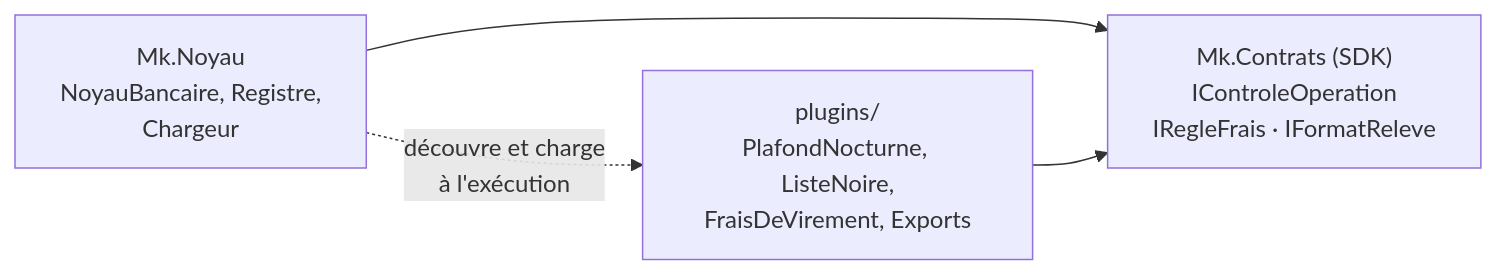
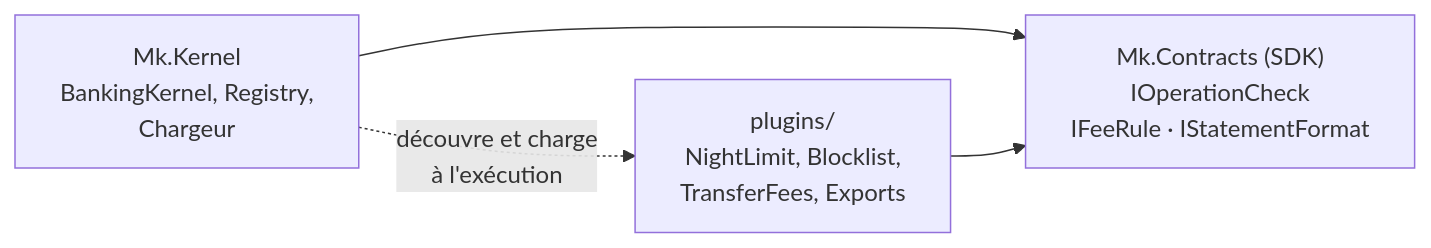
One commit to drangoht/ArchitecturesDemo changed the diagram in Docs/fiches/13-microkernel.md. Above: the diagram before and after it, drawn with Mermaid. The commit also changed 70 other files, not shown here.

Commit message:
Docs FR : identifiants, liens, diagrammes et sorties alignés sur le code anglais

````diff
--- a/Docs/fiches/13-microkernel.md
+++ b/Docs/fiches/13-microkernel.md
@@ -11,6 +11,6 @@
 ```mermaid
 flowchart LR
-    N["Mk.Noyau<br/>NoyauBancaire, Registre,<br/>Chargeur"] --> SDK["Mk.Contrats (SDK)<br/>IControleOperation<br/>IRegleFrais · IFormatReleve"]
-    P["plugins/<br/>PlafondNocturne, ListeNoire,<br/>FraisDeVirement, Exports"] --> SDK
+    N["Mk.Kernel<br/>BankingKernel, Registry,<br/>Chargeur"] --> SDK["Mk.Contracts (SDK)<br/>IOperationCheck<br/>IFeeRule · IStatementFormat"]
+    P["plugins/<br/>NightLimit, Blocklist,<br/>TransferFees, Exports"] --> SDK
     N -. "découvre et charge<br/>à l'exécution" .-> P
 ```
````
